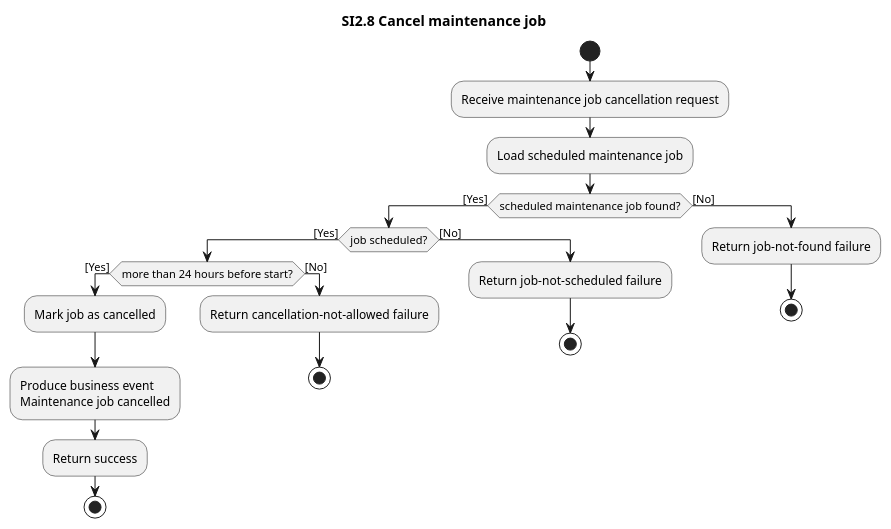
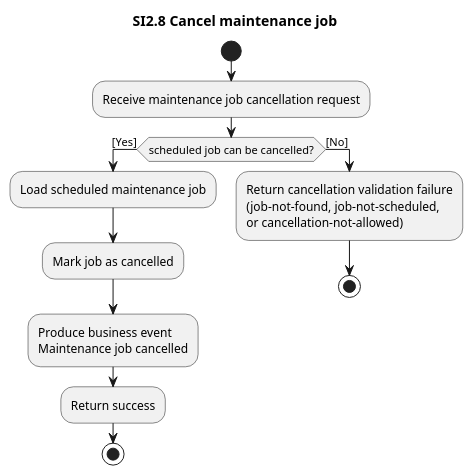
Before and after one commit to ottolote/fixme: the diagram in docs/project/P2/business/system-interactions/diagrams/si2.8-cancel-maintenance-job.pu, drawn with PlantUML. The commit also changed 25 other files, not shown here.

```diff
--- a/docs/project/P2/business/system-interactions/diagrams/si2.8-cancel-maintenance-job.pu
+++ b/docs/project/P2/business/system-interactions/diagrams/si2.8-cancel-maintenance-job.pu
@@ -1,29 +1,21 @@
 @startuml si2.8-cancel-maintenance-job
 title SI2.8 Cancel maintenance job
 
 start
 :Receive maintenance job cancellation request;
 
-:Load scheduled maintenance job;
-if (scheduled maintenance job found?) then ([Yes])
-  if (job scheduled?) then ([Yes])
-    if (more than 24 hours before start?) then ([Yes])
-      :Mark job as cancelled;
-      :Produce business event
-      Maintenance job cancelled; <<sendSignal>>
-      :Return success;
-      stop
-    else ([No])
-      :Return cancellation-not-allowed failure;
-      stop
-    endif
-  else ([No])
-    :Return job-not-scheduled failure;
-    stop
-  endif
+if (scheduled job can be cancelled?) then ([Yes])
+  :Load scheduled maintenance job;
+  :Mark job as cancelled;
+  :Produce business event
+  Maintenance job cancelled; <<sendSignal>>
+  :Return success;
+  stop
 else ([No])
-  :Return job-not-found failure;
+  :Return cancellation validation failure
+(job-not-found, job-not-scheduled,
+or cancellation-not-allowed);
   stop
 endif
 
 @enduml
```
